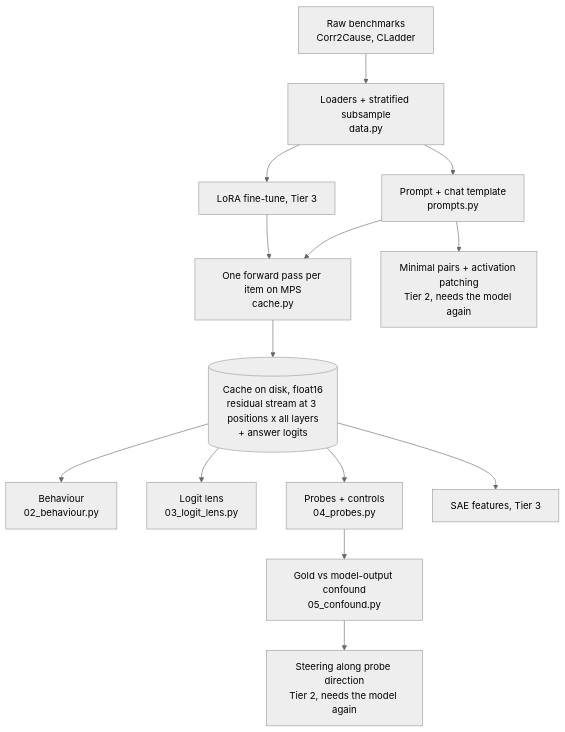
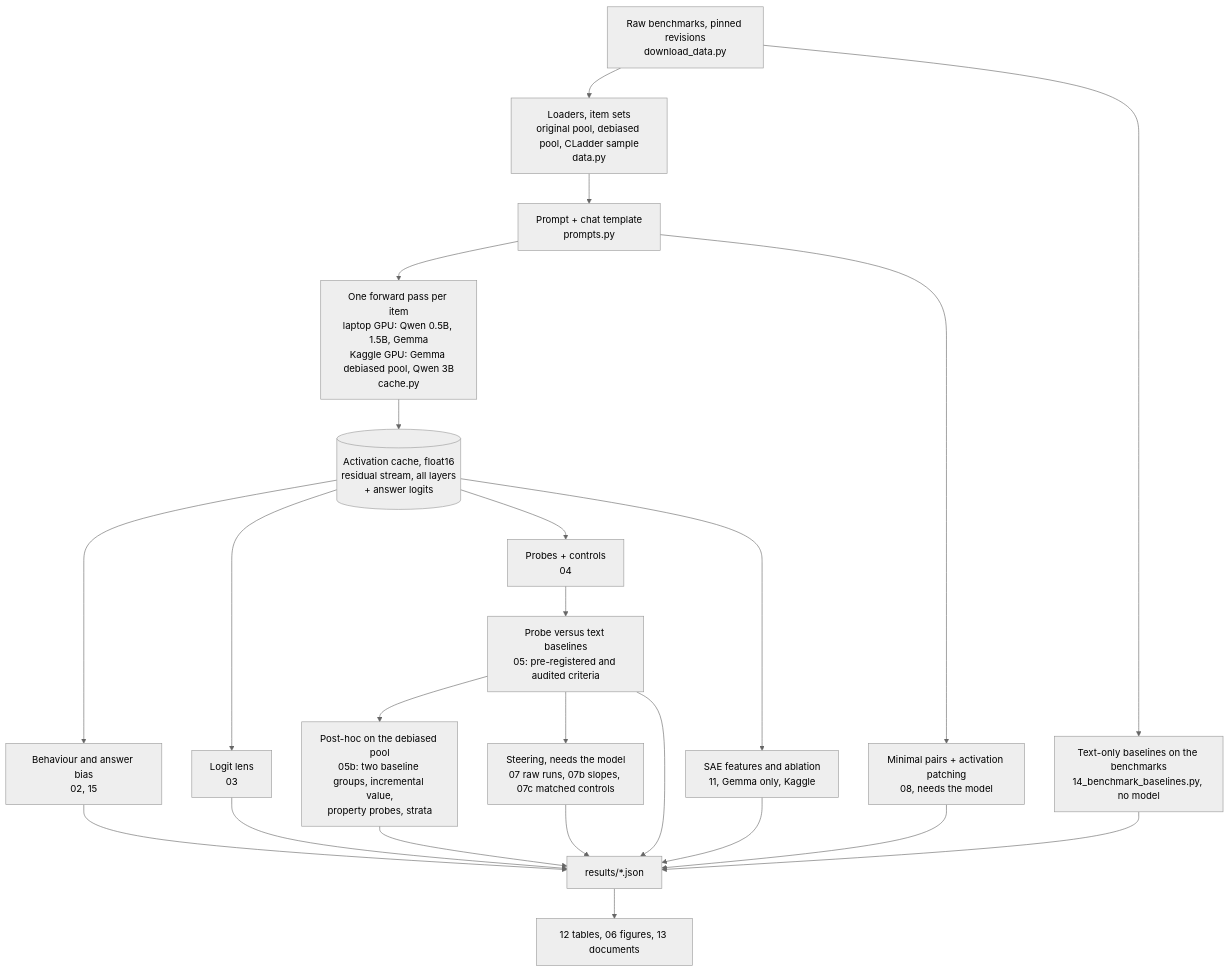
One commit to skape007-ult/causal-probe changed the first of 4 diagrams in EXPLAINER.md. Above: the diagram before and after it, drawn with Mermaid (neutral theme). The commit also changed other lines of this file, not shown here.

Commit message:
EXPLAINER: pipeline diagram updated; SAE and feature-ablation primer entries with diagram

````diff
--- a/EXPLAINER.md
+++ b/EXPLAINER.md
@@ -34,15 +34,17 @@
 ```mermaid
 flowchart TD
-    A[Raw benchmarks<br/>Corr2Cause, CLadder] --> B[Loaders + stratified subsample<br/>data.py]
+    A[Raw benchmarks, pinned revisions<br/>download_data.py] --> B[Loaders, item sets<br/>original pool, debiased pool, CLadder sample<br/>data.py]
+    A --> T[Text-only baselines on the benchmarks<br/>14_benchmark_baselines.py, no model]
     B --> C[Prompt + chat template<br/>prompts.py]
-    C --> D[One forward pass per item on MPS<br/>cache.py]
-    D --> E[(Cache on disk, float16<br/>residual stream at 3 positions x all layers<br/>+ answer logits)]
-    E --> F[Behaviour<br/>02_behaviour.py]
-    E --> G[Logit lens<br/>03_logit_lens.py]
-    E --> H[Probes + controls<br/>04_probes.py]
-    H --> I[Gold vs model-output confound<br/>05_confound.py]
-    I --> J[Steering along probe direction<br/>Tier 2, needs the model again]
-    C --> K[Minimal pairs + activation patching<br/>Tier 2, needs the model again]
-    E --> L[SAE features, Tier 3]
-    B --> M[LoRA fine-tune, Tier 3] --> D
+    C --> D[One forward pass per item<br/>laptop GPU: Qwen 0.5B, 1.5B, Gemma<br/>Kaggle GPU: Gemma debiased pool, Qwen 3B<br/>cache.py]
+    D --> E[(Activation cache, float16<br/>residual stream, all layers<br/>+ answer logits)]
+    E --> F[Behaviour and answer bias<br/>02, 15]
+    E --> G[Logit lens<br/>03]
+    E --> H[Probes + controls<br/>04]
+    H --> I[Probe versus text baselines<br/>05: pre-registered and audited criteria]
+    I --> I2[Post-hoc on the debiased pool<br/>05b: two baseline groups, incremental value,<br/>property probes, strata]
+    I --> J[Steering, needs the model<br/>07 raw runs, 07b slopes, 07c matched controls]
+    C --> K[Minimal pairs + activation patching<br/>08, needs the model]
+    E --> L[SAE features and ablation<br/>11, Gemma only, Kaggle]
+    F & G & I & I2 & J & K & L & T --> R[results/*.json] --> U[12 tables, 06 figures, 13 documents]
 ```
````
